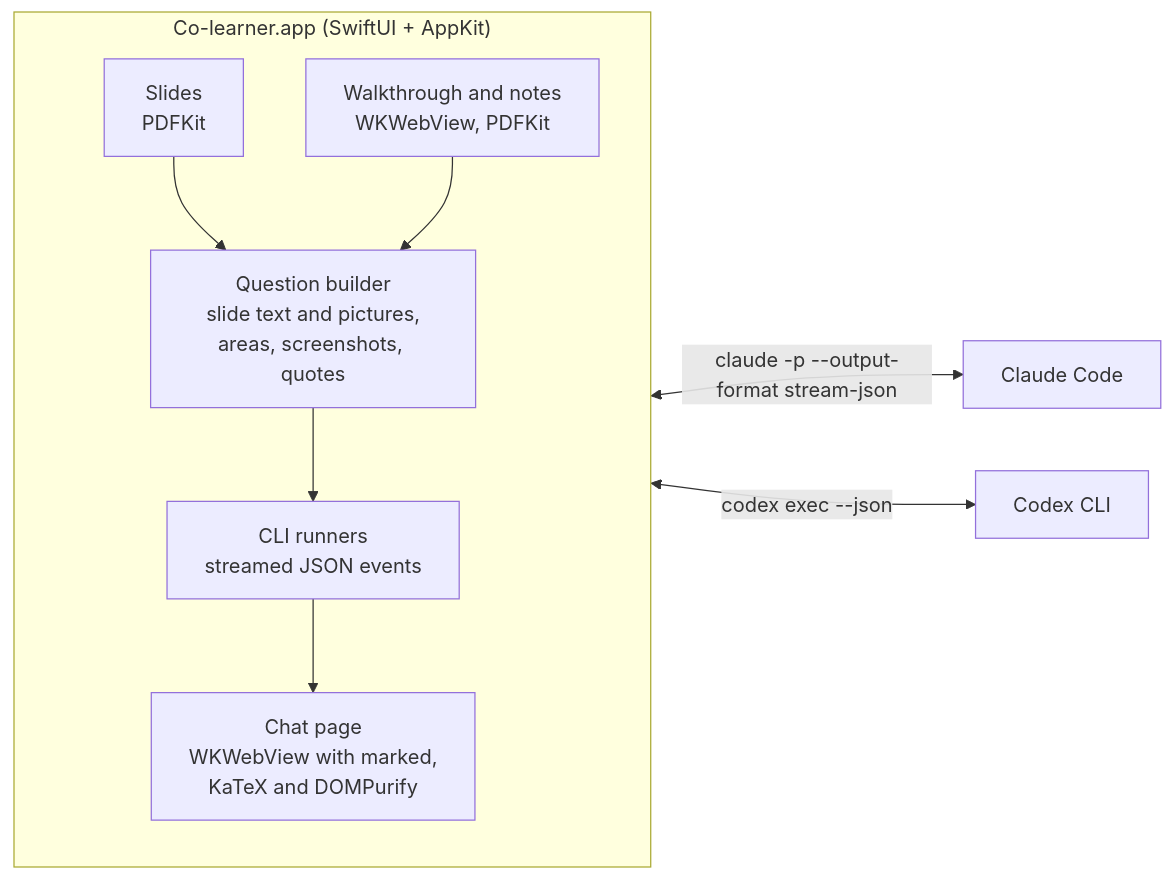
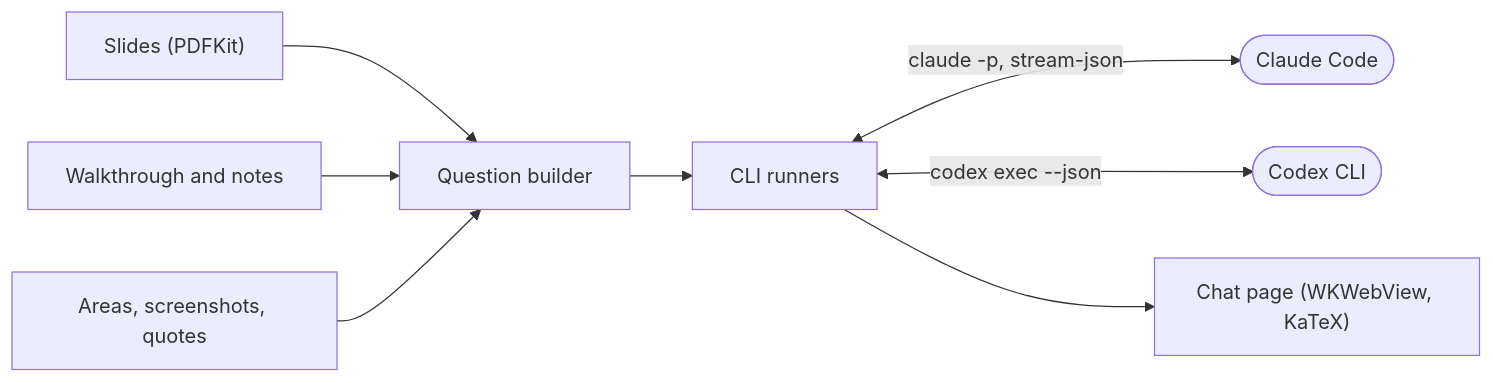
The diagram in README.md (yifei-dai/colearner), drawn with Mermaid before and after one commit. The commit also changed other lines of this file, not shown here.

Commit message:
README: a simpler architecture diagram, one paragraph for the intro
Single-line labels, so no box is cut off when GitHub draws the diagram.

````diff
--- a/README.md
+++ b/README.md
@@ -78,16 +77,10 @@
 ```mermaid
 flowchart LR
-    subgraph app["Co-learner.app (SwiftUI + AppKit)"]
-        direction TB
-        slides["Slides<br/>PDFKit"]
-        notes["Walkthrough and notes<br/>WKWebView, PDFKit"]
-        ask["Question builder<br/>slide text and pictures,<br/>areas, screenshots, quotes"]
-        chat["Chat page<br/>WKWebView with marked,<br/>KaTeX and DOMPurify"]
-        slides --> ask
-        notes --> ask
-        ask --> run["CLI runners<br/>streamed JSON events"]
-        run --> chat
-    end
-    run <-->|"claude -p --output-format stream-json"| cc["Claude Code"]
-    run <-->|"codex exec --json"| cx["Codex CLI"]
+    slides["Slides (PDFKit)"] --> ask["Question builder"]
+    notes["Walkthrough and notes"] --> ask
+    extra["Areas, screenshots, quotes"] --> ask
+    ask --> run["CLI runners"]
+    run <-->|"claude -p, stream-json"| cc(["Claude Code"])
+    run <-->|"codex exec --json"| cx(["Codex CLI"])
+    run --> chat["Chat page (WKWebView, KaTeX)"]
 ```
````
